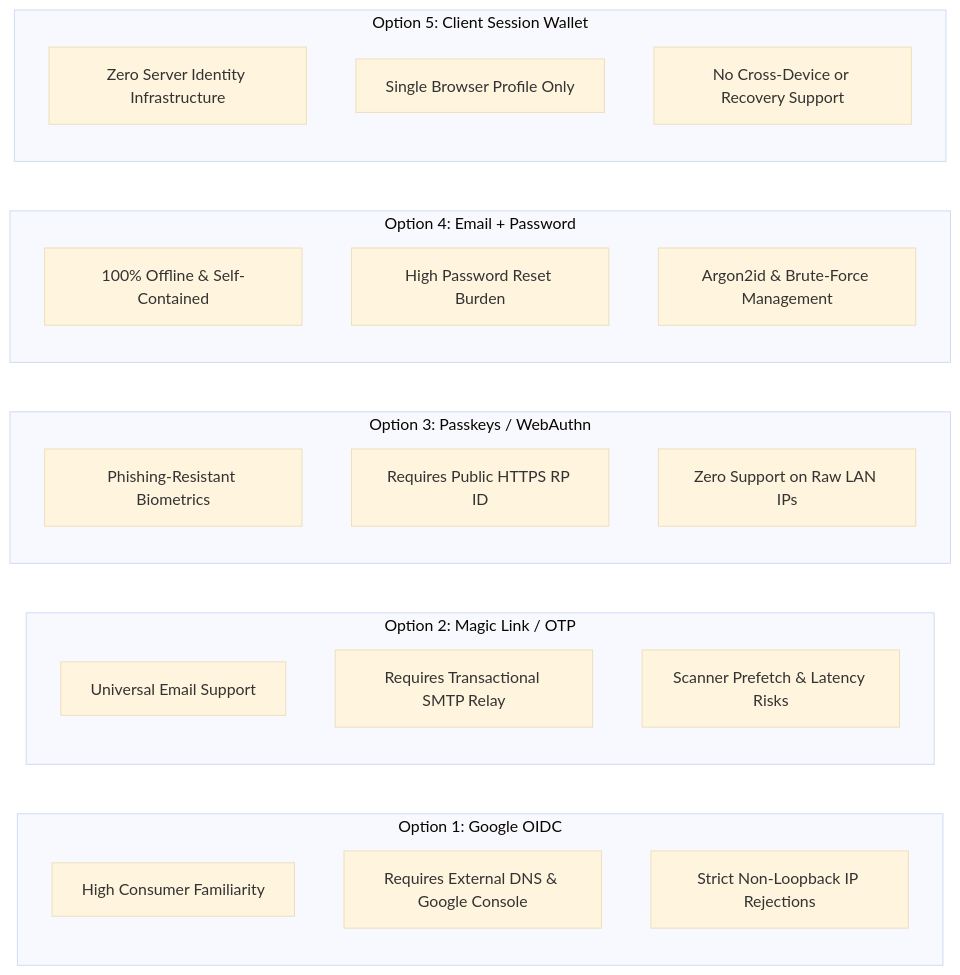
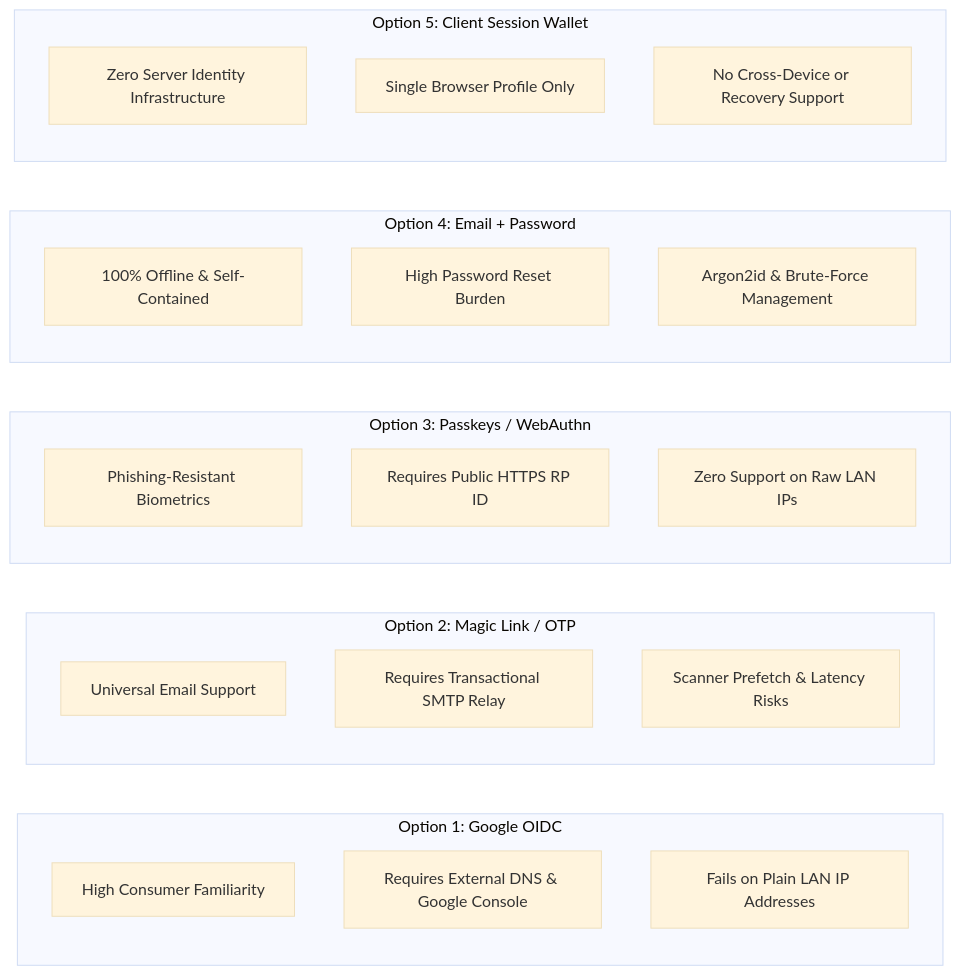
The second of 6 diagrams in docs/plans/ACCOUNT_IDENTITY_AND_MY_MEALS.md (KAIYI7/settle-table), drawn with Mermaid (base theme) before and after one commit. The commit also changed other lines of this file, not shown here.

Commit message:
docs(plan): refine account identity roadmap with authority seam and conflict rules

````diff
--- a/docs/plans/ACCOUNT_IDENTITY_AND_MY_MEALS.md
+++ b/docs/plans/ACCOUNT_IDENTITY_AND_MY_MEALS.md
@@ -185,28 +186,28 @@
 ```mermaid
 flowchart LR
     subgraph A["Option 1: Google OIDC"]
         A1["High Consumer Familiarity"]
         A2["Requires External DNS & Google Console"]
-        A3["Strict Non-Loopback IP Rejections"]
+        A3["Fails on Plain LAN IP Addresses"]
     end
     subgraph B["Option 2: Magic Link / OTP"]
         B1["Universal Email Support"]
         B2["Requires Transactional SMTP Relay"]
         B3["Scanner Prefetch & Latency Risks"]
     end
     subgraph C["Option 3: Passkeys / WebAuthn"]
         C1["Phishing-Resistant Biometrics"]
         C2["Requires Public HTTPS RP ID"]
         C3["Zero Support on Raw LAN IPs"]
     end
     subgraph D["Option 4: Email + Password"]
         D1["100% Offline & Self-Contained"]
         D2["High Password Reset Burden"]
         D3["Argon2id & Brute-Force Management"]
     end
     subgraph E["Option 5: Client Session Wallet"]
         E1["Zero Server Identity Infrastructure"]
         E2["Single Browser Profile Only"]
         E3["No Cross-Device or Recovery Support"]
     end
 ```
````
